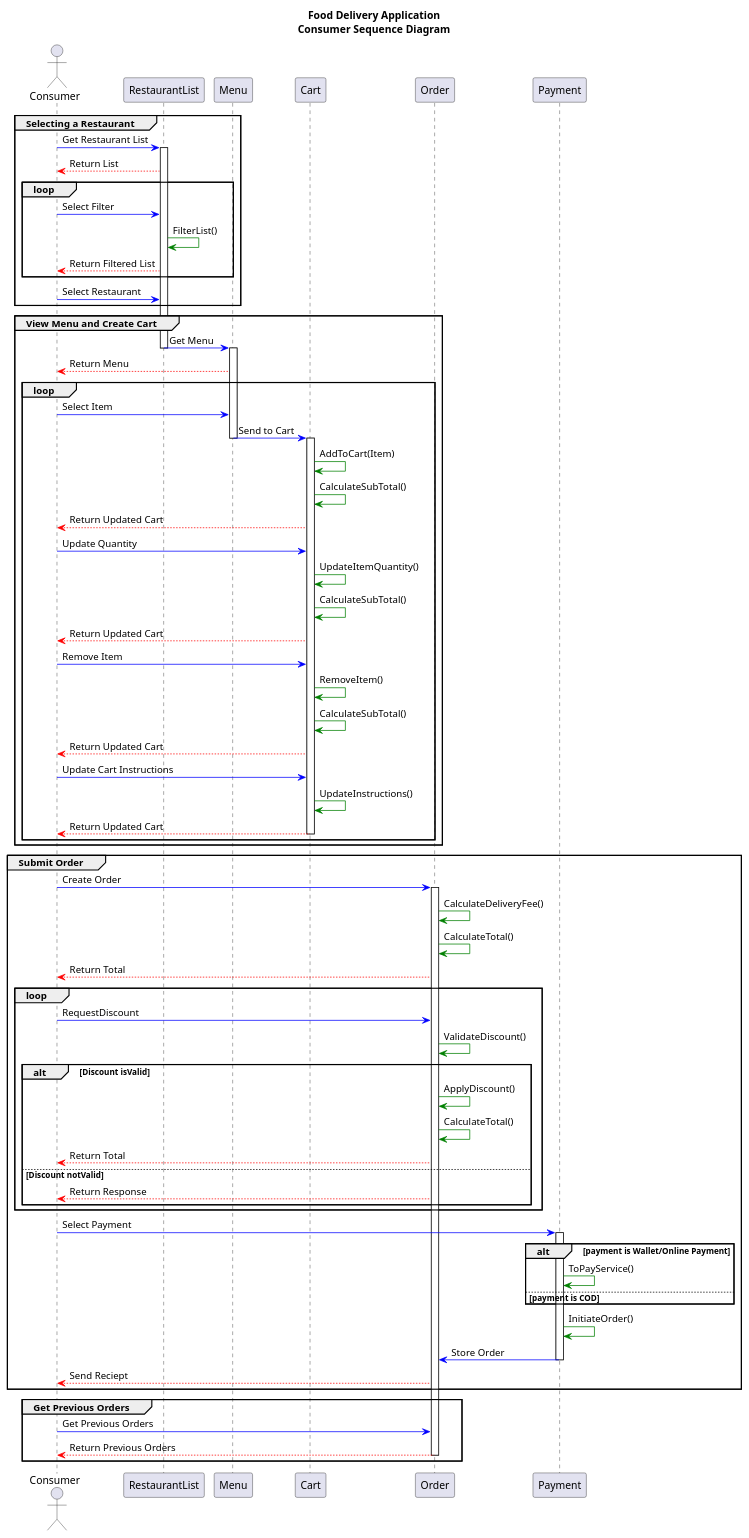
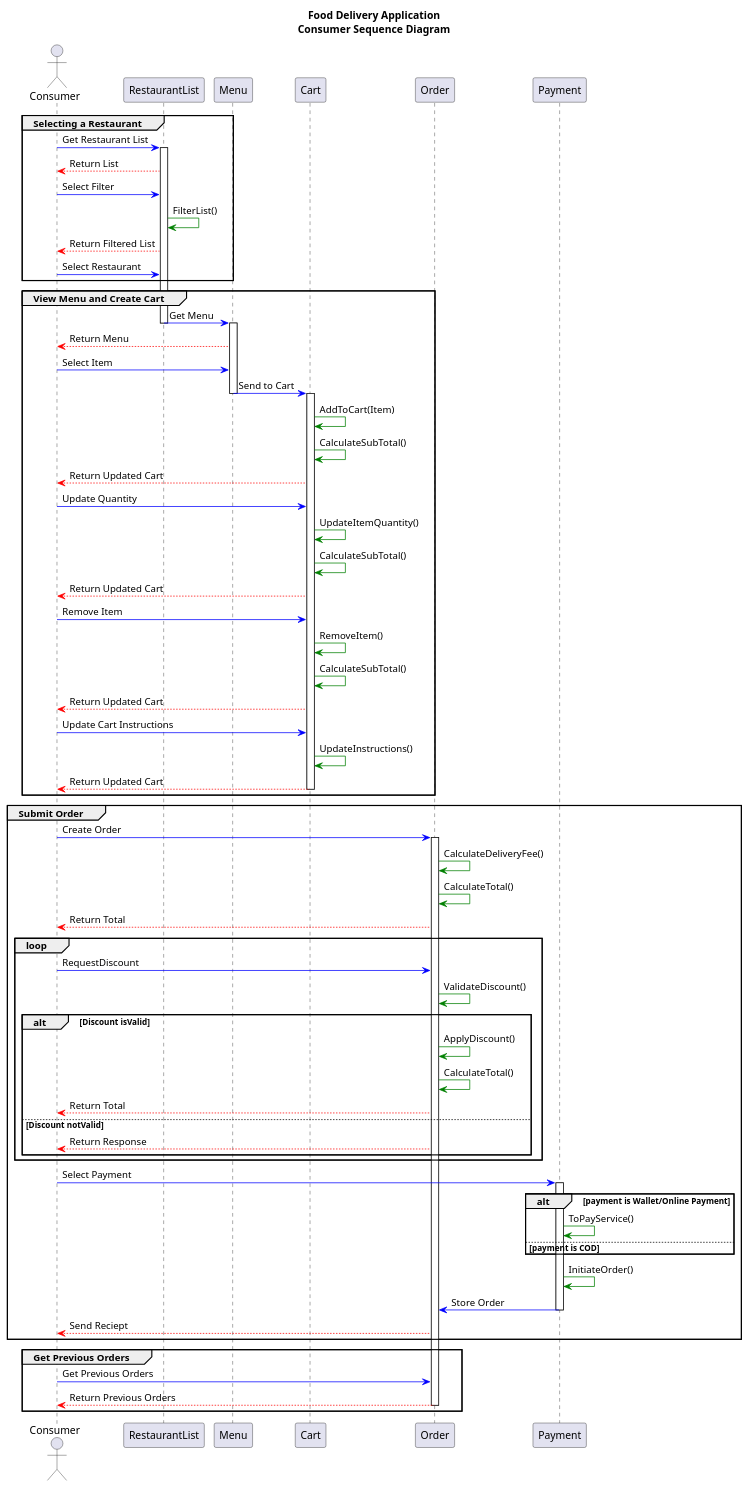
Before and after one commit to WestonDockstader/FoodDeliveryApp: the diagram in WesFiles/Consumer-SD-WD.puml, drawn with PlantUML. The commit also changed 2 other files, not shown here.

Commit message:
update to ApplicManSD and Class Diagram

```diff
--- a/WesFiles/Consumer-SD-WD.puml
+++ b/WesFiles/Consumer-SD-WD.puml
@@ -1,111 +1,89 @@
 @startuml
 
 title Food Delivery Application\nConsumer Sequence Diagram
 
 actor Consumer
 
 participant RestaurantList as RestaurantList
 participant Menu as Menu
 participant Cart as Cart 
 participant Order as Order 
 participant Payment as Payment 
 
-'Single line comment
-
-/'
-Multiple Line comment
-'/
 group Selecting a Restaurant
-Consumer -[#blue]> RestaurantList : Get Restaurant List
-activate RestaurantList
-RestaurantList -[#red]-> Consumer : Return List
-loop
-Consumer -[#blue]> RestaurantList : Select Filter
-RestaurantList -[#green]> RestaurantList : FilterList()
-'/
-'\n   Location\n   Veg/Non-Veg\n   Rating\n   MostPopular\n   DeliveryTime
-/'
-RestaurantList -[#green]> RestaurantList : FilterLocation()
-RestaurantList -[#green]> RestaurantList : FilterVeg/Non-Veg()
-RestaurantList -[#green]> RestaurantList : FilterRating()
-RestaurantList -[#green]> RestaurantList : FilterMostPopular()
-RestaurantList -[#green]> RestaurantList : FilterDeliveryTime()
-'/
-RestaurantList -[#red]-> Consumer : Return Filtered List
-end /'End of Loop'/
-/'
-Should we show a filter return for all options
-'/
-Consumer -[#blue]> RestaurantList : Select Restaurant
+    Consumer -[#blue]> RestaurantList : Get Restaurant List
+    activate RestaurantList
+    RestaurantList -[#red]-> Consumer : Return List
+    Consumer -[#blue]> RestaurantList : Select Filter
+    RestaurantList -[#green]> RestaurantList : FilterList()
+    RestaurantList -[#red]-> Consumer : Return Filtered List
+    Consumer -[#blue]> RestaurantList : Select Restaurant
 end /'End of Selecting a Restaurant Group'/
 
 group View Menu and Create Cart
-RestaurantList -[#blue]> Menu : Get Menu
-deactivate RestaurantList
-activate Menu
-Menu -[#red]-> Consumer : Return Menu
-loop 
-Consumer -[#blue]> Menu : Select Item
-Menu -[#blue]> Cart : Send to Cart
-deactivate Menu
-activate Cart
-Cart -[#green]> Cart : AddToCart(Item)
-Cart -[#green]> Cart : CalculateSubTotal()
-Cart -[#red]-> Consumer : Return Updated Cart
+    RestaurantList -[#blue]> Menu : Get Menu
+    deactivate RestaurantList
+    activate Menu
+    Menu -[#red]-> Consumer : Return Menu
+    Consumer -[#blue]> Menu : Select Item
+    Menu -[#blue]> Cart : Send to Cart
+    deactivate Menu
+    activate Cart
+    Cart -[#green]> Cart : AddToCart(Item)
+    Cart -[#green]> Cart : CalculateSubTotal()
+    Cart -[#red]-> Consumer : Return Updated Cart
 
-Consumer -[#blue]> Cart : Update Quantity
-Cart -[#green]> Cart : UpdateItemQuantity()
-Cart -[#green]> Cart : CalculateSubTotal()
-Cart -[#red]-> Consumer : Return Updated Cart
+    Consumer -[#blue]> Cart : Update Quantity
+    Cart -[#green]> Cart : UpdateItemQuantity()
+    Cart -[#green]> Cart : CalculateSubTotal()
+    Cart -[#red]-> Consumer : Return Updated Cart
 
-Consumer -[#blue]> Cart : Remove Item
-Cart -[#green]> Cart : RemoveItem()
-Cart -[#green]> Cart : CalculateSubTotal()
-Cart -[#red]-> Consumer : Return Updated Cart
+    Consumer -[#blue]> Cart : Remove Item
+    Cart -[#green]> Cart : RemoveItem()
+    Cart -[#green]> Cart : CalculateSubTotal()
+    Cart -[#red]-> Consumer : Return Updated Cart
 
-Consumer -[#blue]> Cart : Update Cart Instructions
-Cart -[#green]> Cart : UpdateInstructions()
-Cart -[#red]-> Consumer : Return Updated Cart
-deactivate Cart
-end /'End of Loop'/
+    Consumer -[#blue]> Cart : Update Cart Instructions
+    Cart -[#green]> Cart : UpdateInstructions()
+    Cart -[#red]-> Consumer : Return Updated Cart
+    deactivate Cart
 end /'End of Create Cart'/
 
 group Submit Order
-Consumer -[#blue]> Order : Create Order
-activate Order
-Order -[#green]> Order : CalculateDeliveryFee()
-Order -[#green]> Order : CalculateTotal()
-Order -[#red]-> Consumer : Return Total
-loop
-Consumer -[#blue]> Order : RequestDiscount
-Order -[#green]> Order : ValidateDiscount()
-alt Discount isValid
-Order -[#green]> Order : ApplyDiscount()
-Order -[#green]> Order : CalculateTotal()
-Order -[#red]-> Consumer : Return Total
-else Discount notValid
-Order -[#red]-> Consumer : Return Response
-end /'End Discount isValid Alt'/
-end /'End Request Discount Loop'/
+    Consumer -[#blue]> Order : Create Order
+    activate Order
+    Order -[#green]> Order : CalculateDeliveryFee()
+    Order -[#green]> Order : CalculateTotal()
+    Order -[#red]-> Consumer : Return Total
+    loop
+    Consumer -[#blue]> Order : RequestDiscount
+    Order -[#green]> Order : ValidateDiscount()
+        alt Discount isValid
+        Order -[#green]> Order : ApplyDiscount()
+        Order -[#green]> Order : CalculateTotal()
+        Order -[#red]-> Consumer : Return Total
+        else Discount notValid
+        Order -[#red]-> Consumer : Return Response
+        end /'End Discount isValid Alt'/
+    end /'End Request Discount Loop'/
 
-'Start Here
-Consumer -[#blue]> Payment : Select Payment
-activate Payment
-alt payment is Wallet/Online Payment
-Payment -[#green]> Payment : ToPayService()
-else payment is COD
-end /'End Payment Type'/
-Payment -[#green]> Payment : InitiateOrder()
-Payment -[#blue]> Order : Store Order
-deactivate Payment
-Order -[#red]-> Consumer : Send Reciept
+    Consumer -[#blue]> Payment : Select Payment
+    activate Payment
+        alt payment is Wallet/Online Payment
+        Payment -[#green]> Payment : ToPayService()
+        else payment is COD
+        end /'End Payment Type'/
+    Payment -[#green]> Payment : InitiateOrder()
+    Payment -[#blue]> Order : Store Order
+    deactivate Payment
+    Order -[#red]-> Consumer : Send Reciept
 end /'End of Sumbit Order'/
 
 group Get Previous Orders 
-Consumer -[#blue]> Order : Get Previous Orders
-Order -[#red]-> Consumer : Return Previous Orders
-deactivate Order
+    Consumer -[#blue]> Order : Get Previous Orders
+    Order -[#red]-> Consumer : Return Previous Orders
+    deactivate Order
 end /'End previous orders'/
 
 
 @enduml
```
